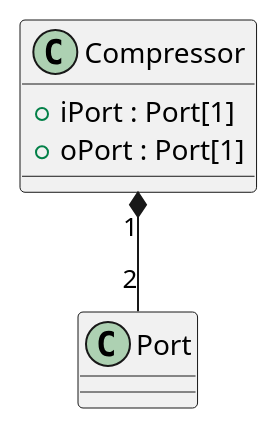
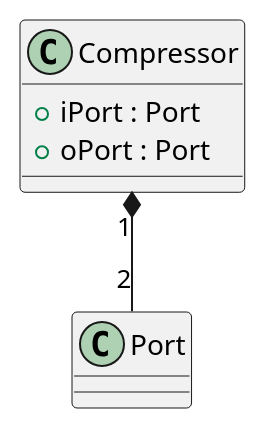
The second of 5 diagrams in doc/PlantUML_Class.md (thermalogic/SimVCCE), drawn with PlantUML before and after one commit. The commit also changed other lines of this file and 54 other files, not shown here.

````diff
--- a/doc/PlantUML_Class.md
+++ b/doc/PlantUML_Class.md
@@ -79,7 +84,7 @@
 ```puml
 class Compressor{
-  + iPort : Port[1]
-  + oPort : Port[1]
+  + iPort : Port
+  + oPort : Port
 }
 Compressor "1" *-- "2" Port 
 ```
````
